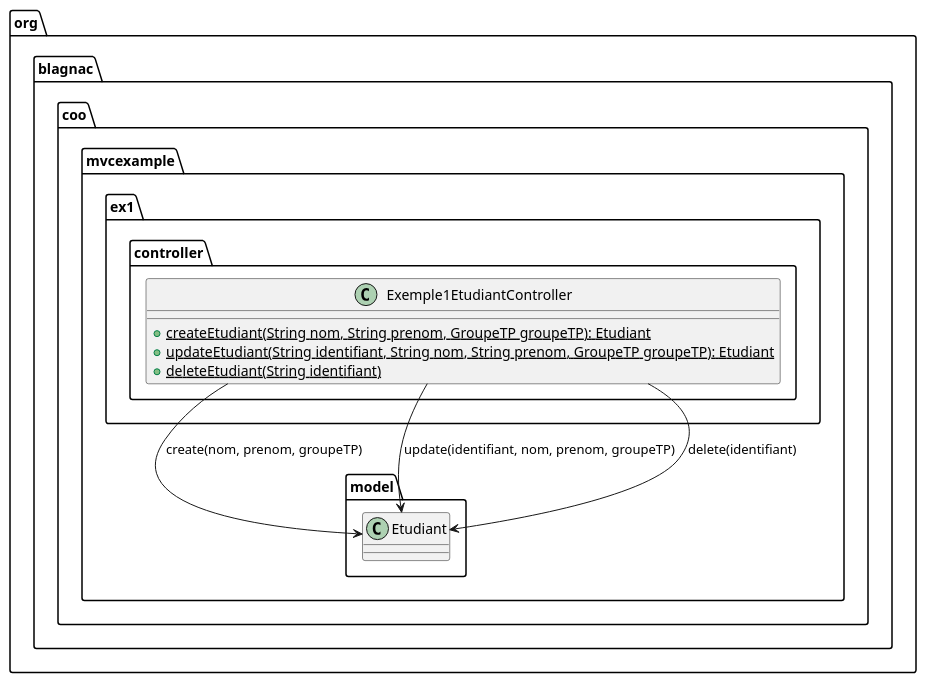
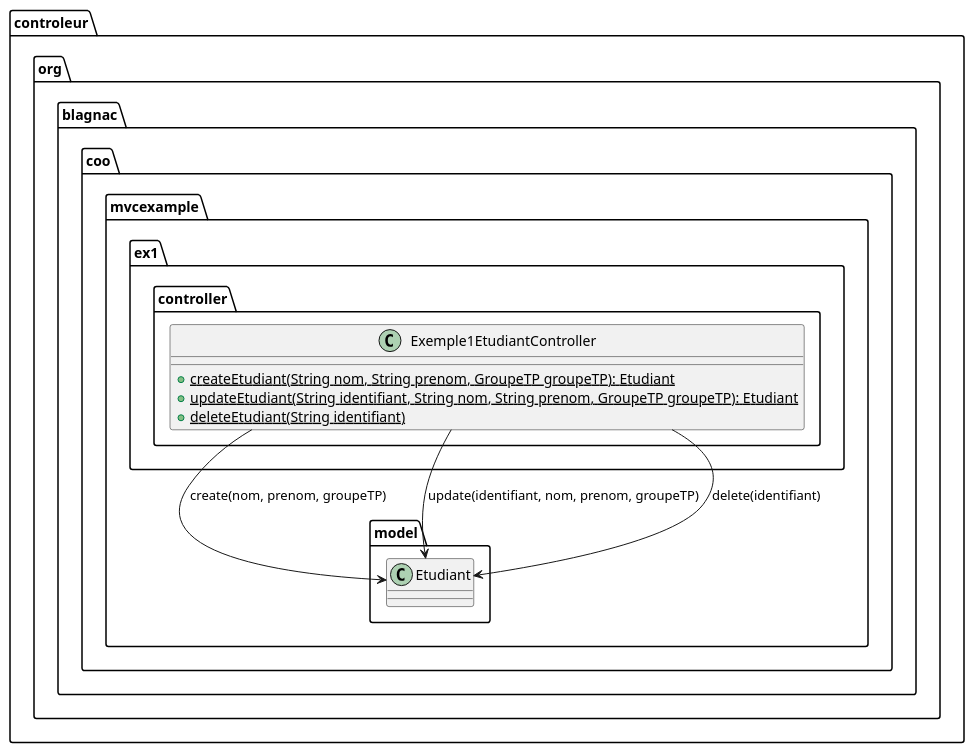
The fifth of 6 diagrams in src/main/doc/readme.adoc (tgoubin/mvc-example), drawn with PlantUML before and after one commit. The commit also changed other lines of this file, not shown here.

```diff
--- a/src/main/doc/readme.adoc
+++ b/src/main/doc/readme.adoc
@@ -317,22 +327,26 @@
 [plantuml, "ex1-controleur", png]  
 ----
 @startuml
 
-package org.blagnac.coo.mvcexample.ex1.controller {
-	class Exemple1EtudiantController {
-		+ {static} createEtudiant(String nom, String prenom, GroupeTP groupeTP): Etudiant
-		+ {static} updateEtudiant(String identifiant, String nom, String prenom, GroupeTP groupeTP): Etudiant
-		+ {static} deleteEtudiant(String identifiant)
+folder controleur {
+	package org.blagnac.coo.mvcexample.ex1.controller {
+		class Exemple1EtudiantController {
+			+ {static} createEtudiant(String nom, String prenom, GroupeTP groupeTP): Etudiant
+			+ {static} updateEtudiant(String identifiant, String nom, String prenom, GroupeTP groupeTP): Etudiant
+			+ {static} deleteEtudiant(String identifiant)
+		}
 	}
 }
 
-package org.blagnac.coo.mvcexample.model {
-    class Etudiant
+folder controleur {
+	package org.blagnac.coo.mvcexample.model {
+	    class Etudiant
+	}
 }
 
 Exemple1EtudiantController --> Etudiant: create(nom, prenom, groupeTP)
 Exemple1EtudiantController --> Etudiant: update(identifiant, nom, prenom, groupeTP)
 Exemple1EtudiantController --> Etudiant: delete(identifiant)
 
 @enduml
 ----
```
